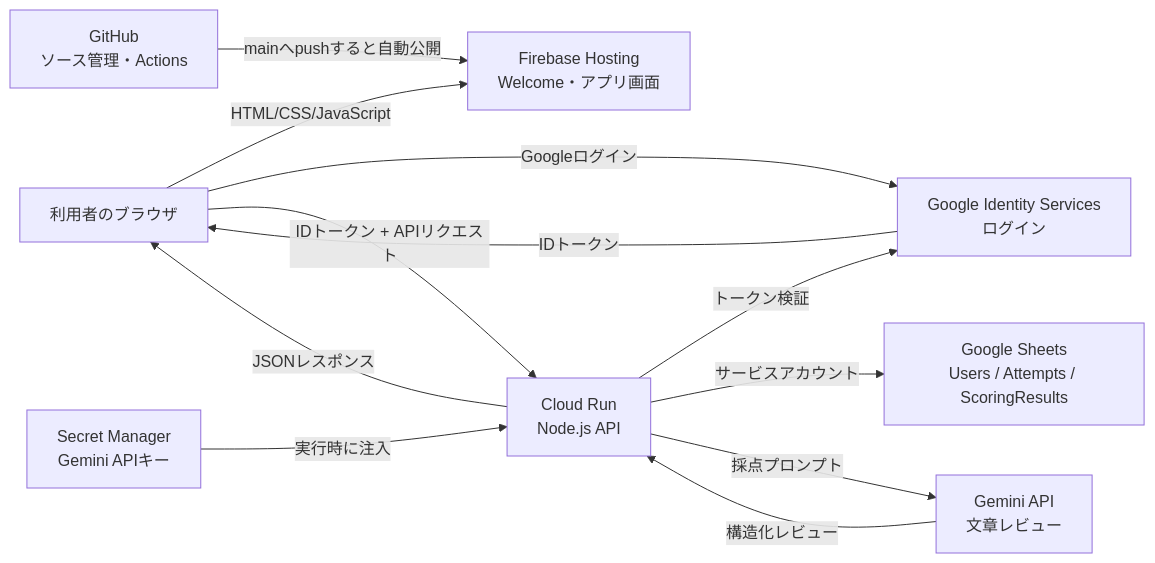
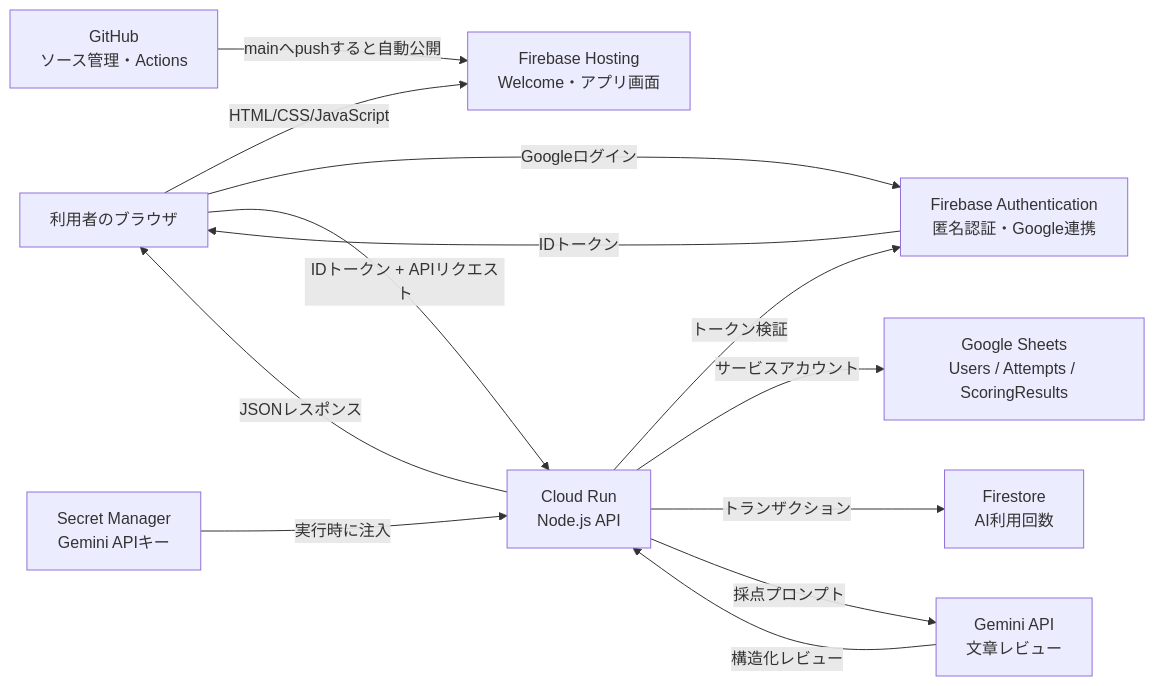
The first of 4 diagrams in docs/spec/system-architecture.md (nakayamaworks/akamain), drawn with Mermaid before and after one commit. The commit also changed other lines of this file and 29 other files, not shown here.

````diff
--- a/docs/spec/system-architecture.md
+++ b/docs/spec/system-architecture.md
@@ -49,23 +50,25 @@
 ```mermaid
 flowchart LR
     User["利用者のブラウザ"]
     GitHub["GitHub<br/>ソース管理・Actions"]
     Hosting["Firebase Hosting<br/>Welcome・アプリ画面"]
-    Google["Google Identity Services<br/>ログイン"]
+    Google["Firebase Authentication<br/>匿名認証・Google連携"]
     Run["Cloud Run<br/>Node.js API"]
     Sheets["Google Sheets<br/>Users / Attempts / ScoringResults"]
+    Firestore["Firestore<br/>AI利用回数"]
     Gemini["Gemini API<br/>文章レビュー"]
     Secret["Secret Manager<br/>Gemini APIキー"]
 
     GitHub -->|"mainへpushすると自動公開"| Hosting
     User -->|"HTML/CSS/JavaScript"| Hosting
     User -->|"Googleログイン"| Google
     Google -->|"IDトークン"| User
     User -->|"IDトークン + APIリクエスト"| Run
     Run -->|"トークン検証"| Google
     Run -->|"サービスアカウント"| Sheets
+    Run -->|"トランザクション"| Firestore
     Secret -->|"実行時に注入"| Run
     Run -->|"採点プロンプト"| Gemini
     Gemini -->|"構造化レビュー"| Run
     Run -->|"JSONレスポンス"| User
 ```
````
